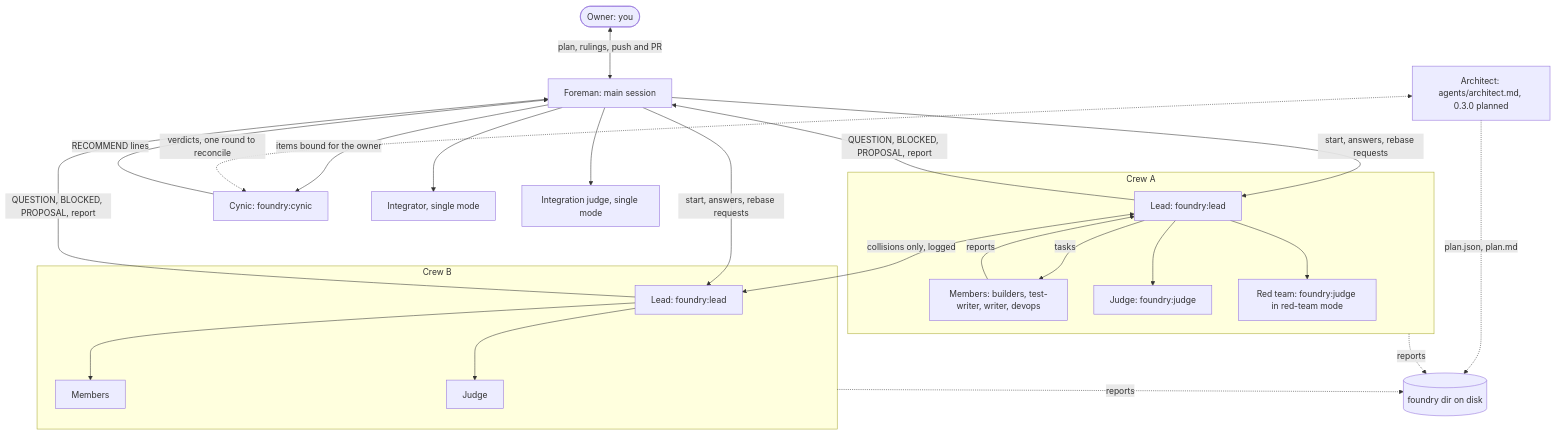
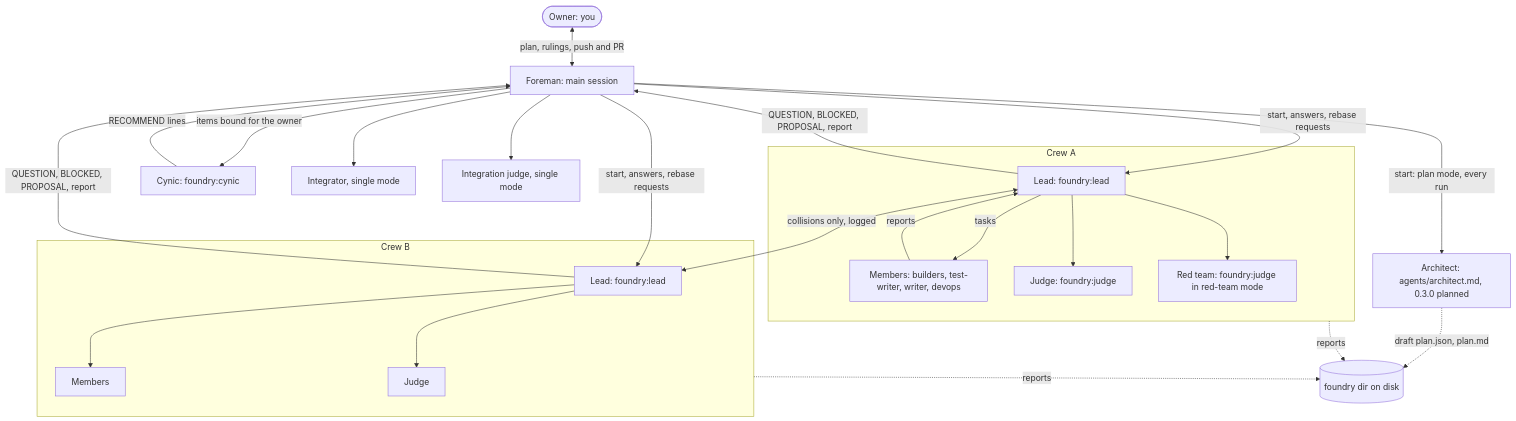
The diagram in docs/architecture.md (AbhiramDwivedi/truss), drawn with Mermaid before and after one commit. The commit also changed other lines of this file and 2 other files, not shown here.

````diff
--- a/docs/architecture.md
+++ b/docs/architecture.md
@@ -11,44 +11,44 @@
 ```mermaid
 flowchart TD
   owner([Owner: you])
   foreman[Foreman: main session]
   cynic[Cynic: foundry:cynic]
   integ[Integrator, single mode]
   ijudge[Integration judge, single mode]
   disk[(foundry dir on disk)]
   arch[Architect: agents/architect.md, 0.3.0 planned]
 
   subgraph crewA [Crew A]
     leadA[Lead: foundry:lead]
     memA[Members: builders, test-writer, writer, devops]
     judgeA[Judge: foundry:judge]
     redA[Red team: foundry:judge in red-team mode]
   end
 
   subgraph crewB [Crew B]
     leadB[Lead: foundry:lead]
     memB[Members]
     judgeB[Judge]
   end
 
   owner <-->|plan, rulings, push and PR| foreman
   foreman -->|items bound for the owner| cynic
   cynic -->|RECOMMEND lines| foreman
   foreman -->|start, answers, rebase requests| leadA
   foreman -->|start, answers, rebase requests| leadB
   leadA -->|QUESTION, BLOCKED, PROPOSAL, report| foreman
   leadB -->|QUESTION, BLOCKED, PROPOSAL, report| foreman
   leadA <-->|collisions only, logged| leadB
   leadA -->|tasks| memA
   memA -->|reports| leadA
   leadA --> redA
   leadA --> judgeA
   leadB --> memB
   leadB --> judgeB
   foreman --> integ
   foreman --> ijudge
   crewA -.->|reports| disk
   crewB -.->|reports| disk
-  arch -.->|plan.json, plan.md| disk
-  arch <-.->|verdicts, one round to reconcile| cynic
+  foreman -->|start: plan mode, every run| arch
+  arch -.->|draft plan.json, plan.md| disk
 ```
````
